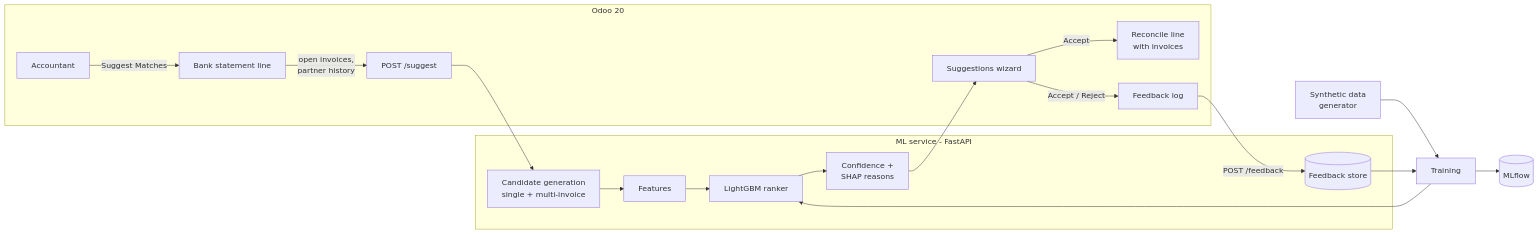
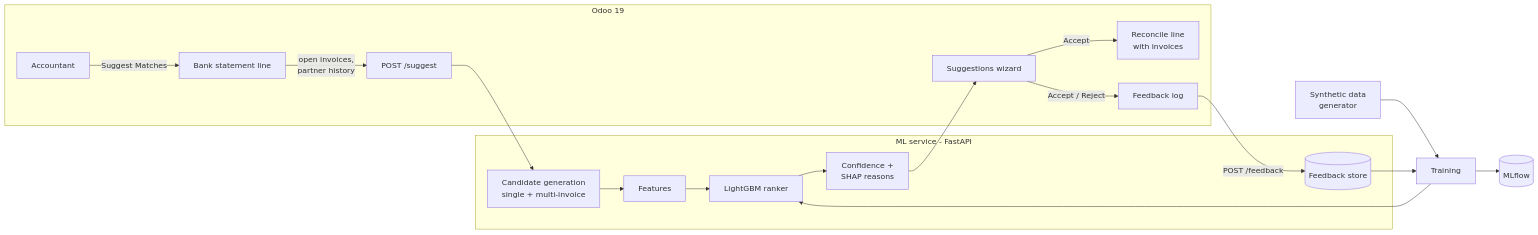
One commit to QusaiNatsheh/smart-bank-reconciliation changed the diagram in README.md. Above: the diagram before and after it, drawn with Mermaid. The commit also changed other lines of this file and 16 other files, not shown here.

````diff
--- a/README.md
+++ b/README.md
@@ -66,21 +72,21 @@
 ```mermaid
 flowchart LR
-    subgraph Odoo 20
+    subgraph Odoo 19
         U[Accountant] -->|Suggest Matches| SL[Bank statement line]
         SL -->|open invoices,<br/>partner history| REQ[POST /suggest]
         W[Suggestions wizard] -->|Accept| REC[Reconcile line<br/>with invoices]
         W -->|Accept / Reject| FB[Feedback log]
     end
     subgraph ML service - FastAPI
         REQ --> CG[Candidate generation<br/>single + multi-invoice]
         CG --> FE[Features]
         FE --> RK[LightGBM ranker]
         RK --> CAL[Confidence +<br/>SHAP reasons]
         CAL --> W
         FB -->|POST /feedback| FS[(Feedback store)]
     end
     GEN[Synthetic data<br/>generator] --> TR[Training]
     FS --> TR
     TR --> RK
     TR --> MLF[(MLflow)]
 ```
````
